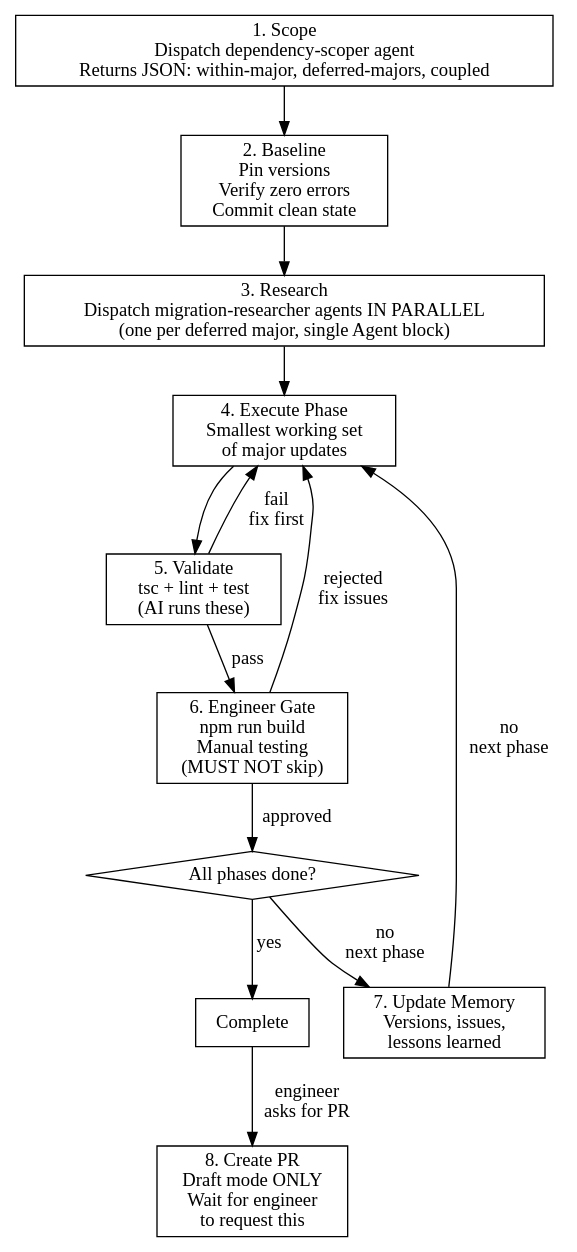
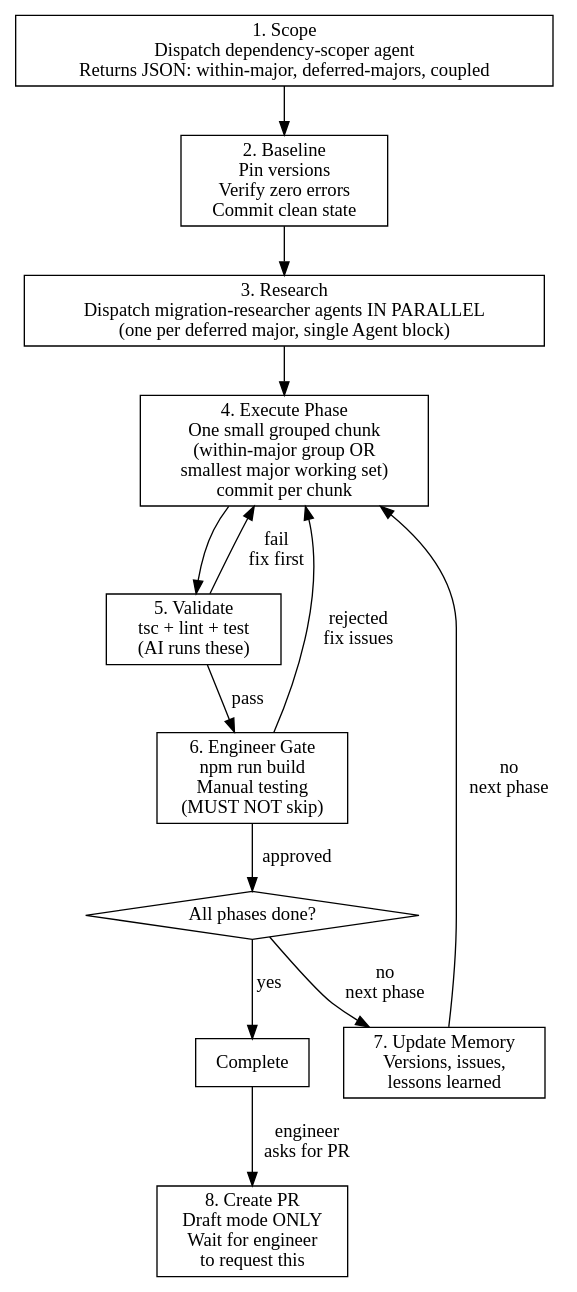
Before and after one commit to entorenee/dotfiles: the diagram in nix/module/claude/config/skills/dependency-upgrades/SKILL.md, drawn with Graphviz. The commit also changed other lines of this file and 1 other file, not shown here.

Commit message:
feat(claude): refine minor version update flow

````diff
--- a/nix/module/claude/config/skills/dependency-upgrades/SKILL.md
+++ b/nix/module/claude/config/skills/dependency-upgrades/SKILL.md
@@ -23,26 +23,26 @@
 ```dot
 digraph upgrade_flow {
     rankdir=TB;
     node [shape=box];
 
     scope [label="1. Scope\nDispatch dependency-scoper agent\nReturns JSON: within-major, deferred-majors, coupled"];
     baseline [label="2. Baseline\nPin versions\nVerify zero errors\nCommit clean state"];
     research [label="3. Research\nDispatch migration-researcher agents IN PARALLEL\n(one per deferred major, single Agent block)"];
-    phase [label="4. Execute Phase\nSmallest working set\nof major updates"];
+    phase [label="4. Execute Phase\nOne small grouped chunk\n(within-major group OR\nsmallest major working set)\ncommit per chunk"];
     validate [label="5. Validate\ntsc + lint + test\n(AI runs these)"];
     engineer [label="6. Engineer Gate\nnpm run build\nManual testing\n(MUST NOT skip)"];
     done [label="All phases done?" shape=diamond];
     memory [label="7. Update Memory\nVersions, issues,\nlessons learned"];
     complete [label="Complete"];
 
     scope -> baseline -> research -> phase -> validate;
     validate -> engineer [label="pass"];
     validate -> phase [label="fail\nfix first"];
     engineer -> done [label="approved"];
     engineer -> phase [label="rejected\nfix issues"];
     done -> memory -> phase [label="no\nnext phase"];
     done -> complete [label="yes"];
     complete -> pr [label="engineer\nasks for PR"];
     pr [label="8. Create PR\nDraft mode ONLY\nWait for engineer\nto request this"];
 }
 ```
````
